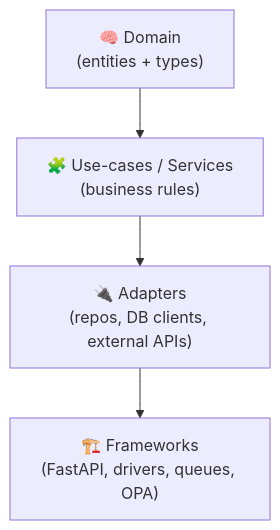
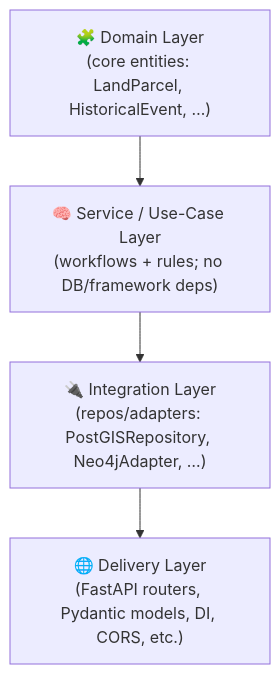
The second of 2 diagrams in docs/architecture/README.md (bartytime4life/Kansas-Frontier-Matrix), drawn with Mermaid before and after one commit. The commit also changed other lines of this file, not shown here.

````diff
--- a/docs/architecture/README.md
+++ b/docs/architecture/README.md
@@ -105,6 +108,9 @@
 ```mermaid
-graph TD
-  D["🧠 Domain<br/>(entities + types)"] --> U["🧩 Use-cases / Services<br/>(business rules)"]
-  U --> A["🔌 Adapters<br/>(repos, DB clients, external APIs)"]
-  A --> F["🏗️ Frameworks<br/>(FastAPI, drivers, queues, OPA)"]
+flowchart TB
+  DOMAIN["🧩 Domain Layer\n(core entities: LandParcel, HistoricalEvent, …)"]
+  USECASE["🧠 Service / Use-Case Layer\n(workflows + rules; no DB/framework deps)"]
+  ADAPTERS["🔌 Integration Layer\n(repos/adapters: PostGISRepository, Neo4jAdapter, …)"]
+  FRAMEWORKS["🌐 Delivery Layer\n(FastAPI routers, Pydantic models, DI, CORS, etc.)"]
+
+  DOMAIN --> USECASE --> ADAPTERS --> FRAMEWORKS
 ```
````
